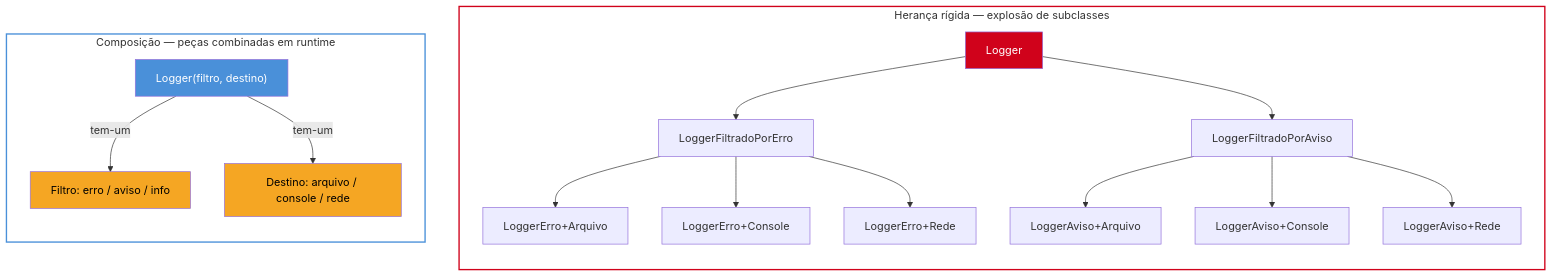
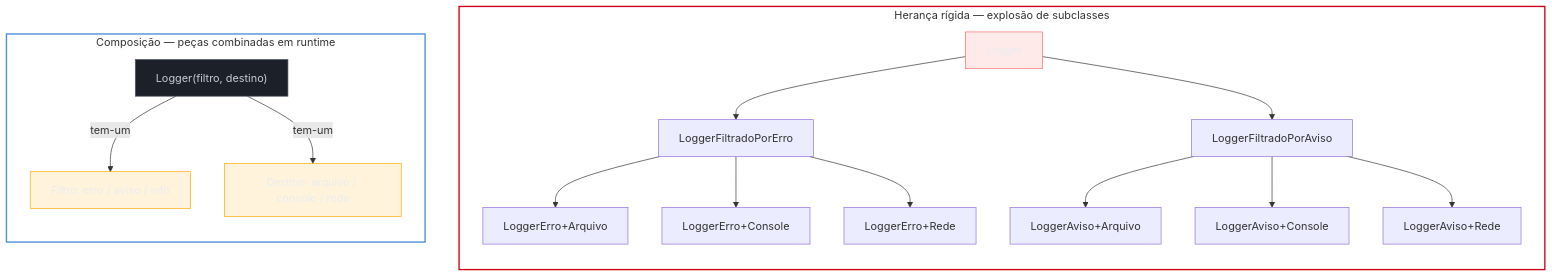
The first of 2 diagrams in 03-Dominios/Tecnologia/Python/OO e Data Model/09 - Composição vs herança.md (josenaldo/codex-technomanticus), drawn with Mermaid before and after one commit. The commit also changed other lines of this file and 1181 other files, not shown here.

First line of the commit message:
fix(diagramas): paleta do sistema no lugar de cor cravada no markdown

````diff
--- a/03-Dominios/Tecnologia/Python/OO e Data Model/09 - Composição vs herança.md
+++ b/03-Dominios/Tecnologia/Python/OO e Data Model/09 - Composição vs herança.md
@@ -99,28 +99,31 @@
 ```mermaid
 flowchart TB
+    classDef falha fill:#FF6B6B24,stroke:#FF6B6B,color:#E9ECF2
+    classDef neutro fill:#1B2029,stroke:#4E5666,color:#C6CCD8
+    classDef destaque fill:#FFAA0024,stroke:#FFAA00,color:#E9ECF2
     subgraph Rigida["Herança rígida — explosão de subclasses"]
         direction TB
         L0["Logger"] --> LE["LoggerFiltradoPorErro"]
         L0 --> LA["LoggerFiltradoPorAviso"]
         LE --> LEA["LoggerErro+Arquivo"]
         LE --> LEC["LoggerErro+Console"]
         LE --> LER["LoggerErro+Rede"]
         LA --> LAA["LoggerAviso+Arquivo"]
         LA --> LAC["LoggerAviso+Console"]
         LA --> LAR["LoggerAviso+Rede"]
     end
 
     subgraph Flexivel["Composição — peças combinadas em runtime"]
         direction TB
         LOG["Logger(filtro, destino)"]
         LOG -->|"tem-um"| F["Filtro: erro / aviso / info"]
         LOG -->|"tem-um"| D["Destino: arquivo / console / rede"]
     end
 
     style Rigida fill:none,stroke:#D0021B,stroke-width:2px
     style Flexivel fill:none,stroke:#4A90D9,stroke-width:2px
-    style L0 fill:#D0021B,color:#fff
-    style LOG fill:#4A90D9,color:#fff
-    style F fill:#F5A623,color:#000
-    style D fill:#F5A623,color:#000
+    class L0 falha
+    class LOG neutro
+    class F destaque
+    class D destaque
 ```
````
